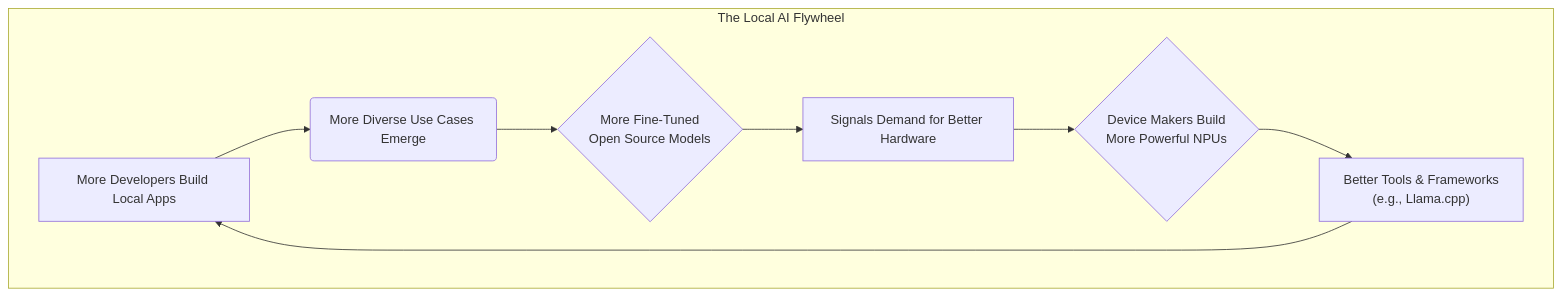
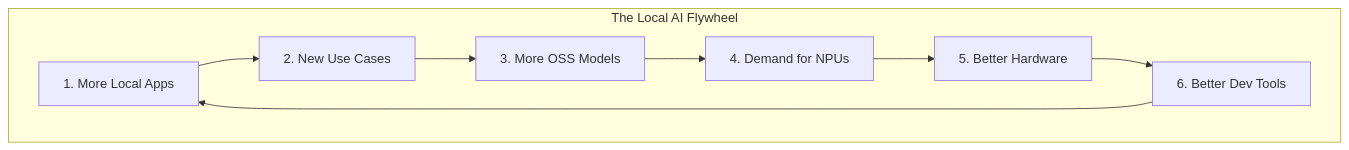
Before and after one commit to BastionAI/bastionai.github.io: the second of 3 diagrams in _posts/2025-06-18-inverse-moores-law-local-ai.md, drawn with Mermaid. The commit also changed other lines of this file, not shown here.

```diff
--- a/_posts/2025-06-18-inverse-moores-law-local-ai.md
+++ b/_posts/2025-06-18-inverse-moores-law-local-ai.md
@@ -58,12 +58,11 @@
 <div class="mermaid">
 graph TD
     subgraph "The Local AI Flywheel"
-        direction LR
-        A[More Developers Build Local Apps] --> B(More Diverse Use Cases Emerge);
-        B --> C{More Fine-Tuned<br>Open Source Models};
-        C --> D[Signals Demand for Better Hardware];
-        D --> E{Device Makers Build<br>More Powerful NPUs};
-        E --> F["Better Tools & Frameworks<br>(e.g., Llama.cpp)"];
+        A["1. More Local Apps"] --> B["2. New Use Cases"];
+        B --> C["3. More OSS Models"];
+        C --> D["4. Demand for NPUs"];
+        D --> E["5. Better Hardware"];
+        E --> F["6. Better Dev Tools"];
         F --> A;
     end
 </div>
```
